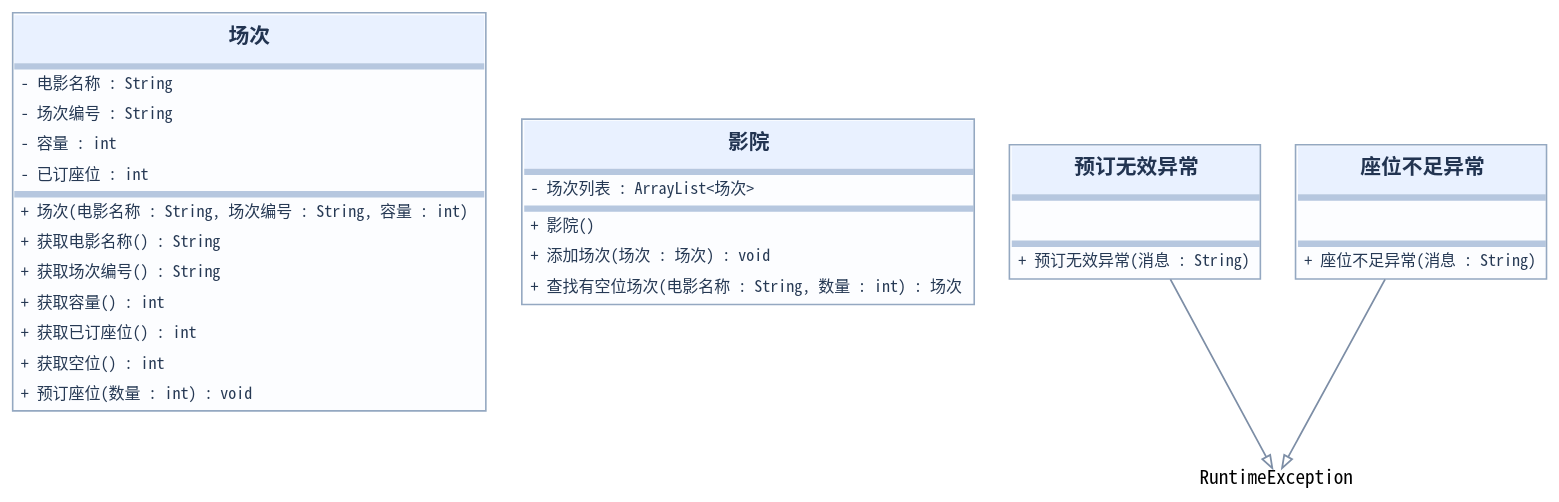
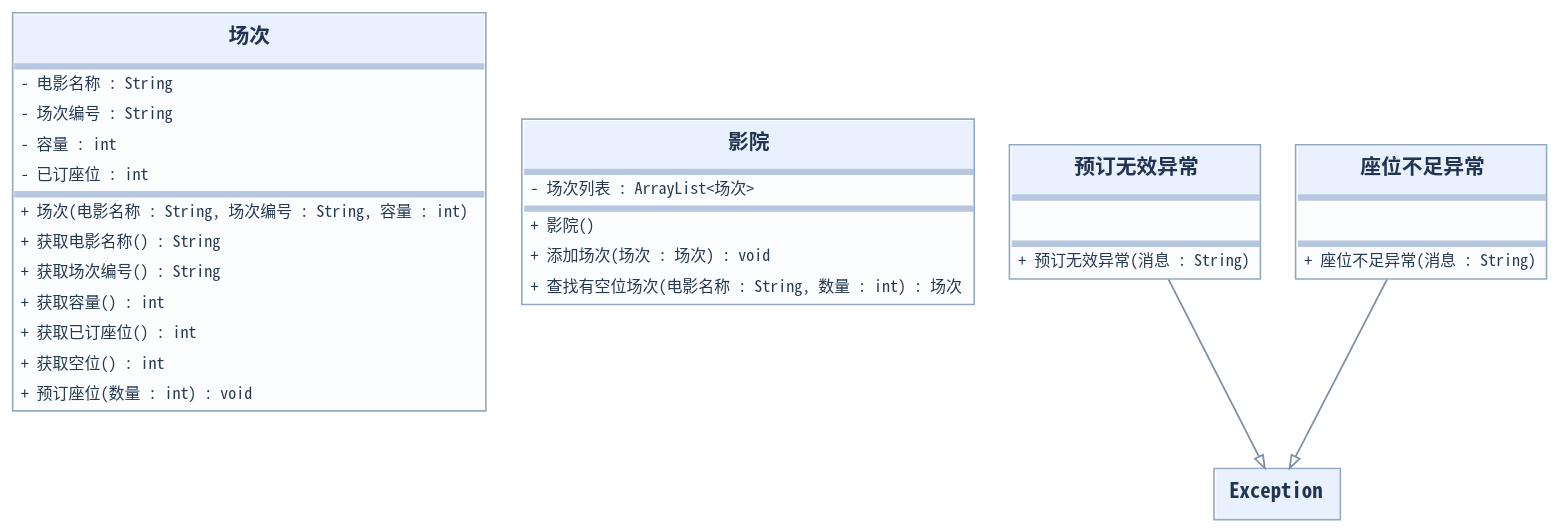
One commit to edetroll/java-oop changed the diagram in content/chapters/13-kivetelek/media/task-3-zh.dot. Above: the diagram before and after it, drawn with Graphviz. The commit also changed 44 other files, not shown here.

```diff
--- a/content/chapters/13-kivetelek/media/task-3-zh.dot
+++ b/content/chapters/13-kivetelek/media/task-3-zh.dot
@@ -1,13 +1,12 @@
 digraph UML {
 graph [rankdir=TB, bgcolor="transparent", nodesep="0.30", ranksep="0.50", pad="0.12", splines=polyline];
 node [shape=plain];
 edge [color="#7d8ea6", penwidth=1.1, arrowsize=0.8];
 "场次" [label=<<TABLE BORDER="1" COLOR="#94a8c1" CELLBORDER="0" CELLSPACING="0" BGCOLOR="#fcfdff"><TR><TD ALIGN="CENTER" CELLPADDING="8" BGCOLOR="#e9f1ff"><FONT FACE="Noto Sans Mono CJK SC" POINT-SIZE="13" COLOR="#223451"><B>场次</B></FONT></TD></TR><TR><TD BGCOLOR="#b6c7df" HEIGHT="2"></TD></TR><TR><TD ALIGN="LEFT" CELLPADDING="4"><FONT FACE="Noto Sans Mono CJK SC" POINT-SIZE="10" COLOR="#263954">- 电影名称 : String</FONT></TD></TR><TR><TD ALIGN="LEFT" CELLPADDING="4"><FONT FACE="Noto Sans Mono CJK SC" POINT-SIZE="10" COLOR="#263954">- 场次编号 : String</FONT></TD></TR><TR><TD ALIGN="LEFT" CELLPADDING="4"><FONT FACE="Noto Sans Mono CJK SC" POINT-SIZE="10" COLOR="#263954">- 容量 : int</FONT></TD></TR><TR><TD ALIGN="LEFT" CELLPADDING="4"><FONT FACE="Noto Sans Mono CJK SC" POINT-SIZE="10" COLOR="#263954">- 已订座位 : int</FONT></TD></TR><TR><TD BGCOLOR="#b6c7df" HEIGHT="2"></TD></TR><TR><TD ALIGN="LEFT" CELLPADDING="4"><FONT FACE="Noto Sans Mono CJK SC" POINT-SIZE="10" COLOR="#263954">+ 场次(电影名称 : String, 场次编号 : String, 容量 : int)</FONT></TD></TR><TR><TD ALIGN="LEFT" CELLPADDING="4"><FONT FACE="Noto Sans Mono CJK SC" POINT-SIZE="10" COLOR="#263954">+ 获取电影名称() : String</FONT></TD></TR><TR><TD ALIGN="LEFT" CELLPADDING="4"><FONT FACE="Noto Sans Mono CJK SC" POINT-SIZE="10" COLOR="#263954">+ 获取场次编号() : String</FONT></TD></TR><TR><TD ALIGN="LEFT" CELLPADDING="4"><FONT FACE="Noto Sans Mono CJK SC" POINT-SIZE="10" COLOR="#263954">+ 获取容量() : int</FONT></TD></TR><TR><TD ALIGN="LEFT" CELLPADDING="4"><FONT FACE="Noto Sans Mono CJK SC" POINT-SIZE="10" COLOR="#263954">+ 获取已订座位() : int</FONT></TD></TR><TR><TD ALIGN="LEFT" CELLPADDING="4"><FONT FACE="Noto Sans Mono CJK SC" POINT-SIZE="10" COLOR="#263954">+ 获取空位() : int</FONT></TD></TR><TR><TD ALIGN="LEFT" CELLPADDING="4"><FONT FACE="Noto Sans Mono CJK SC" POINT-SIZE="10" COLOR="#263954">+ 预订座位(数量 : int) : void</FONT></TD></TR></TABLE>>];
 "影院" [label=<<TABLE BORDER="1" COLOR="#94a8c1" CELLBORDER="0" CELLSPACING="0" BGCOLOR="#fcfdff"><TR><TD ALIGN="CENTER" CELLPADDING="8" BGCOLOR="#e9f1ff"><FONT FACE="Noto Sans Mono CJK SC" POINT-SIZE="13" COLOR="#223451"><B>影院</B></FONT></TD></TR><TR><TD BGCOLOR="#b6c7df" HEIGHT="2"></TD></TR><TR><TD ALIGN="LEFT" CELLPADDING="4"><FONT FACE="Noto Sans Mono CJK SC" POINT-SIZE="10" COLOR="#263954">- 场次列表 : ArrayList&lt;场次&gt;</FONT></TD></TR><TR><TD BGCOLOR="#b6c7df" HEIGHT="2"></TD></TR><TR><TD ALIGN="LEFT" CELLPADDING="4"><FONT FACE="Noto Sans Mono CJK SC" POINT-SIZE="10" COLOR="#263954">+ 影院()</FONT></TD></TR><TR><TD ALIGN="LEFT" CELLPADDING="4"><FONT FACE="Noto Sans Mono CJK SC" POINT-SIZE="10" COLOR="#263954">+ 添加场次(场次 : 场次) : void</FONT></TD></TR><TR><TD ALIGN="LEFT" CELLPADDING="4"><FONT FACE="Noto Sans Mono CJK SC" POINT-SIZE="10" COLOR="#263954">+ 查找有空位场次(电影名称 : String, 数量 : int) : 场次</FONT></TD></TR></TABLE>>];
 "预订无效异常" [label=<<TABLE BORDER="1" COLOR="#94a8c1" CELLBORDER="0" CELLSPACING="0" BGCOLOR="#fcfdff"><TR><TD ALIGN="CENTER" CELLPADDING="8" BGCOLOR="#e9f1ff"><FONT FACE="Noto Sans Mono CJK SC" POINT-SIZE="13" COLOR="#223451"><B>预订无效异常</B></FONT></TD></TR><TR><TD BGCOLOR="#b6c7df" HEIGHT="2"></TD></TR><TR><TD ALIGN="LEFT" CELLPADDING="5"> </TD></TR><TR><TD BGCOLOR="#b6c7df" HEIGHT="2"></TD></TR><TR><TD ALIGN="LEFT" CELLPADDING="4"><FONT FACE="Noto Sans Mono CJK SC" POINT-SIZE="10" COLOR="#263954">+ 预订无效异常(消息 : String)</FONT></TD></TR></TABLE>>];
 "座位不足异常" [label=<<TABLE BORDER="1" COLOR="#94a8c1" CELLBORDER="0" CELLSPACING="0" BGCOLOR="#fcfdff"><TR><TD ALIGN="CENTER" CELLPADDING="8" BGCOLOR="#e9f1ff"><FONT FACE="Noto Sans Mono CJK SC" POINT-SIZE="13" COLOR="#223451"><B>座位不足异常</B></FONT></TD></TR><TR><TD BGCOLOR="#b6c7df" HEIGHT="2"></TD></TR><TR><TD ALIGN="LEFT" CELLPADDING="5"> </TD></TR><TR><TD BGCOLOR="#b6c7df" HEIGHT="2"></TD></TR><TR><TD ALIGN="LEFT" CELLPADDING="4"><FONT FACE="Noto Sans Mono CJK SC" POINT-SIZE="10" COLOR="#263954">+ 座位不足异常(消息 : String)</FONT></TD></TR></TABLE>>];
-"RuntimeException" [shape=plain, label=<<FONT FACE="Noto Sans Mono CJK SC" POINT-SIZE="12">RuntimeException</FONT>>];
-"预订无效异常" -> "RuntimeException" [arrowhead="empty"];
-"RuntimeException" [shape=plain, label=<<FONT FACE="Noto Sans Mono CJK SC" POINT-SIZE="12">RuntimeException</FONT>>];
-"座位不足异常" -> "RuntimeException" [arrowhead="empty"];
+"Exception" [label=<<TABLE BORDER="1" COLOR="#94a8c1" CELLBORDER="0" CELLSPACING="0" BGCOLOR="#fcfdff"><TR><TD ALIGN="CENTER" CELLPADDING="8" BGCOLOR="#e9f1ff"><FONT FACE="Noto Sans Mono CJK SC" POINT-SIZE="13" COLOR="#223451"><B>Exception</B></FONT></TD></TR></TABLE>>];
+"预订无效异常" -> "Exception" [arrowhead="empty"];
+"座位不足异常" -> "Exception" [arrowhead="empty"];
 }
```
